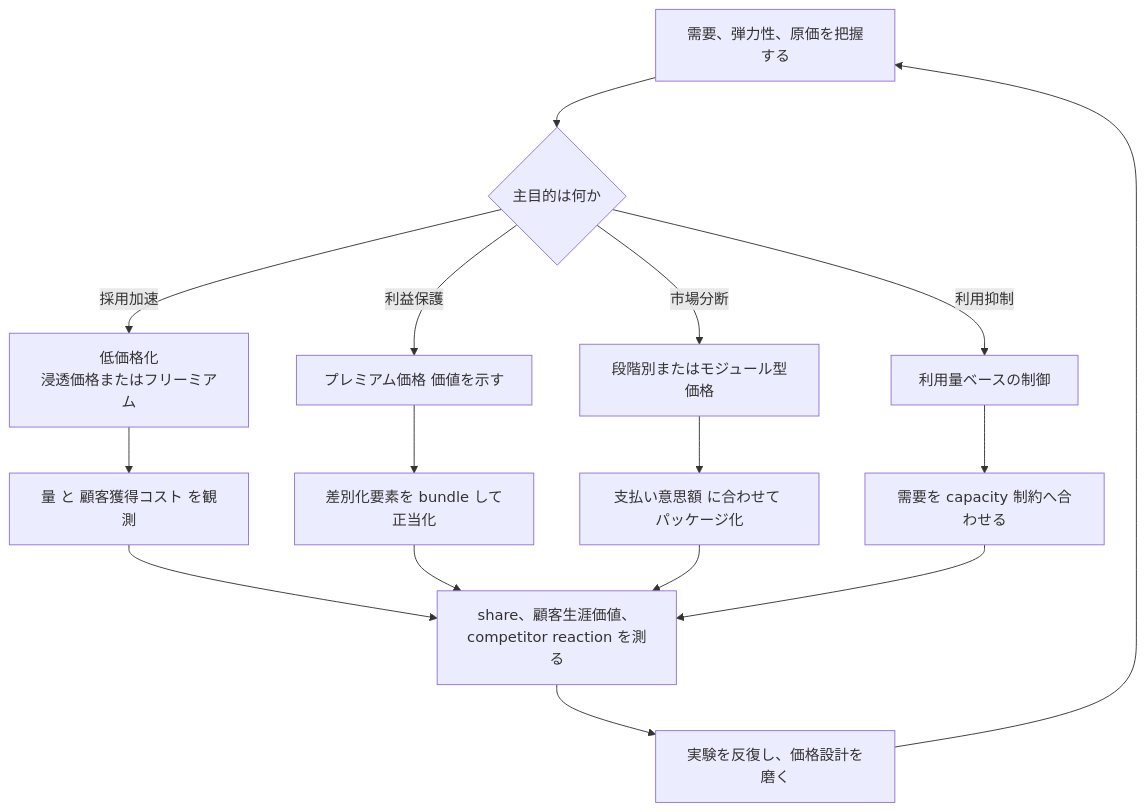
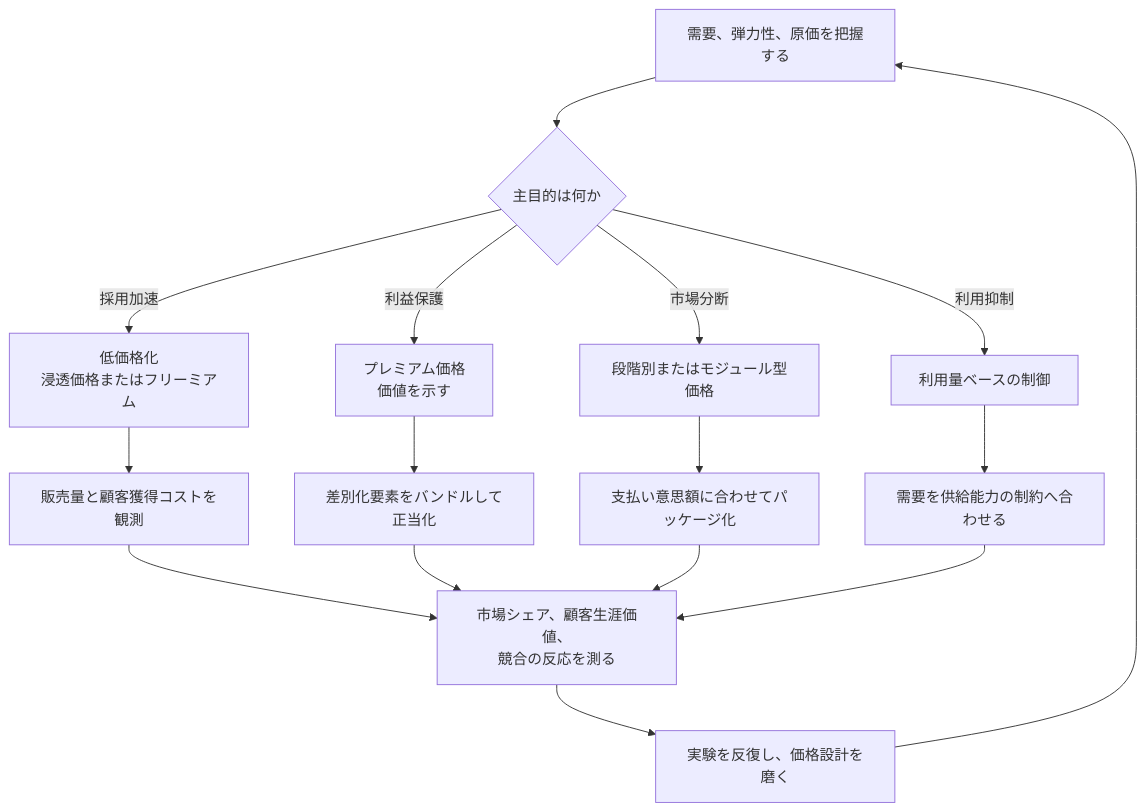
One commit to wardley-leadership-strategies-ja/wardley-leadership-strategies-ja.github.io changed the diagram in docs/strategies/markets/pricing-policy/index.md. Above: the diagram before and after it, drawn with Mermaid. The commit also changed other lines of this file and 4 other files, not shown here.

````diff
--- a/docs/strategies/markets/pricing-policy/index.md
+++ b/docs/strategies/markets/pricing-policy/index.md
@@ -141,18 +141,18 @@
 ```mermaid
 flowchart TD
   A[需要、弾力性、原価を把握する] --> B{主目的は何か}
   B -->|採用加速| C[低価格化<br/>浸透価格またはフリーミアム]
-  B -->|利益保護| D[プレミアム価格 価値を示す]
+  B -->|利益保護| D[プレミアム価格<br/>価値を示す]
   B -->|市場分断| E[段階別またはモジュール型価格]
   B -->|利用抑制| F[利用量ベースの制御]
-  C --> G[量 と 顧客獲得コスト を観測]
-  D --> H[差別化要素を bundle して正当化]
-  E --> I[支払い意思額 に合わせて パッケージ化]
-  F --> J[需要を capacity 制約へ合わせる]
-  G --> K[share、顧客生涯価値、competitor reaction を測る]
+  C --> G[販売量と顧客獲得コストを観測]
+  D --> H[差別化要素をバンドルして正当化]
+  E --> I[支払い意思額に合わせてパッケージ化]
+  F --> J[需要を供給能力の制約へ合わせる]
+  G --> K[市場シェア、顧客生涯価値、<br/>競合の反応を測る]
   H --> K
   I --> K
   J --> K
   K --> L[実験を反復し、価格設計を磨く]
   L --> A
 ```
````
